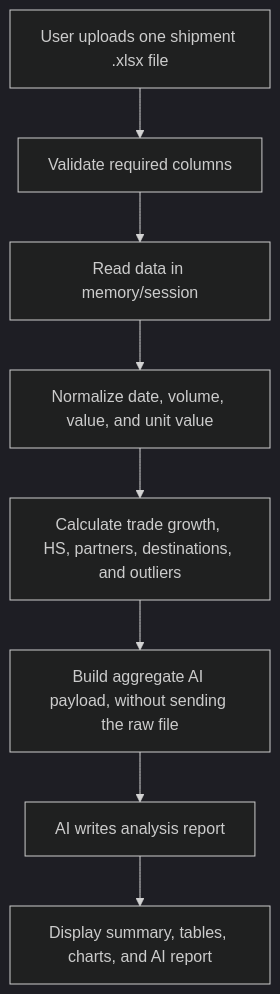
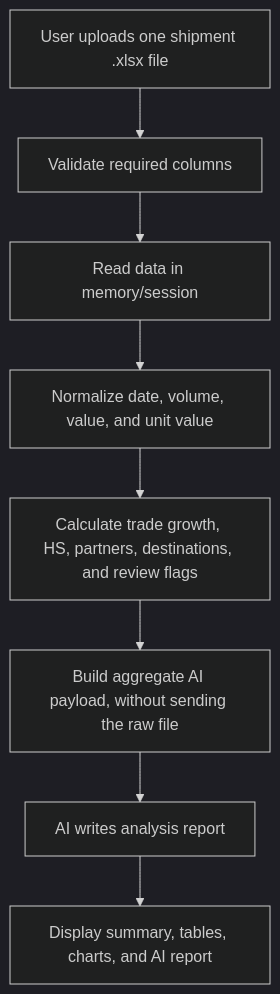
Before and after one commit to tuta202/london-coffee-ai: the second of 2 diagrams in README.md, drawn with Mermaid (dark theme). The commit also changed other lines of this file and 3 other files, not shown here.

````diff
--- a/README.md
+++ b/README.md
@@ -27,10 +27,10 @@
 ```mermaid
 flowchart TD
     A["User uploads one shipment .xlsx file"] --> B["Validate required columns"]
     B --> C["Read data in memory/session"]
     C --> D["Normalize date, volume, value, and unit value"]
-    D --> E["Calculate trade growth, HS, partners, destinations, and outliers"]
+    D --> E["Calculate trade growth, HS, partners, destinations, and review flags"]
     E --> F["Build aggregate AI payload, without sending the raw file"]
     F --> G["AI writes analysis report"]
     G --> H["Display summary, tables, charts, and AI report"]
 ```
````
